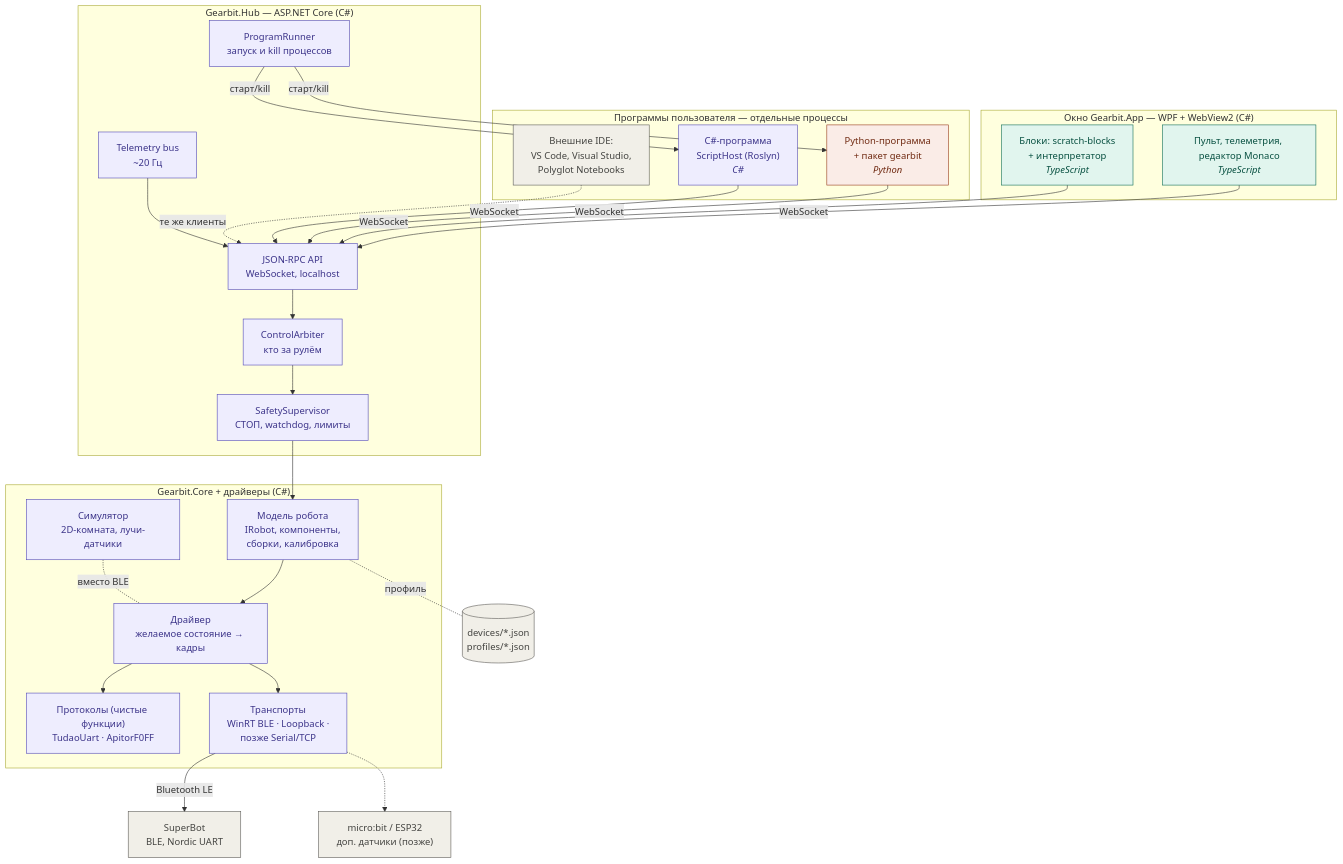
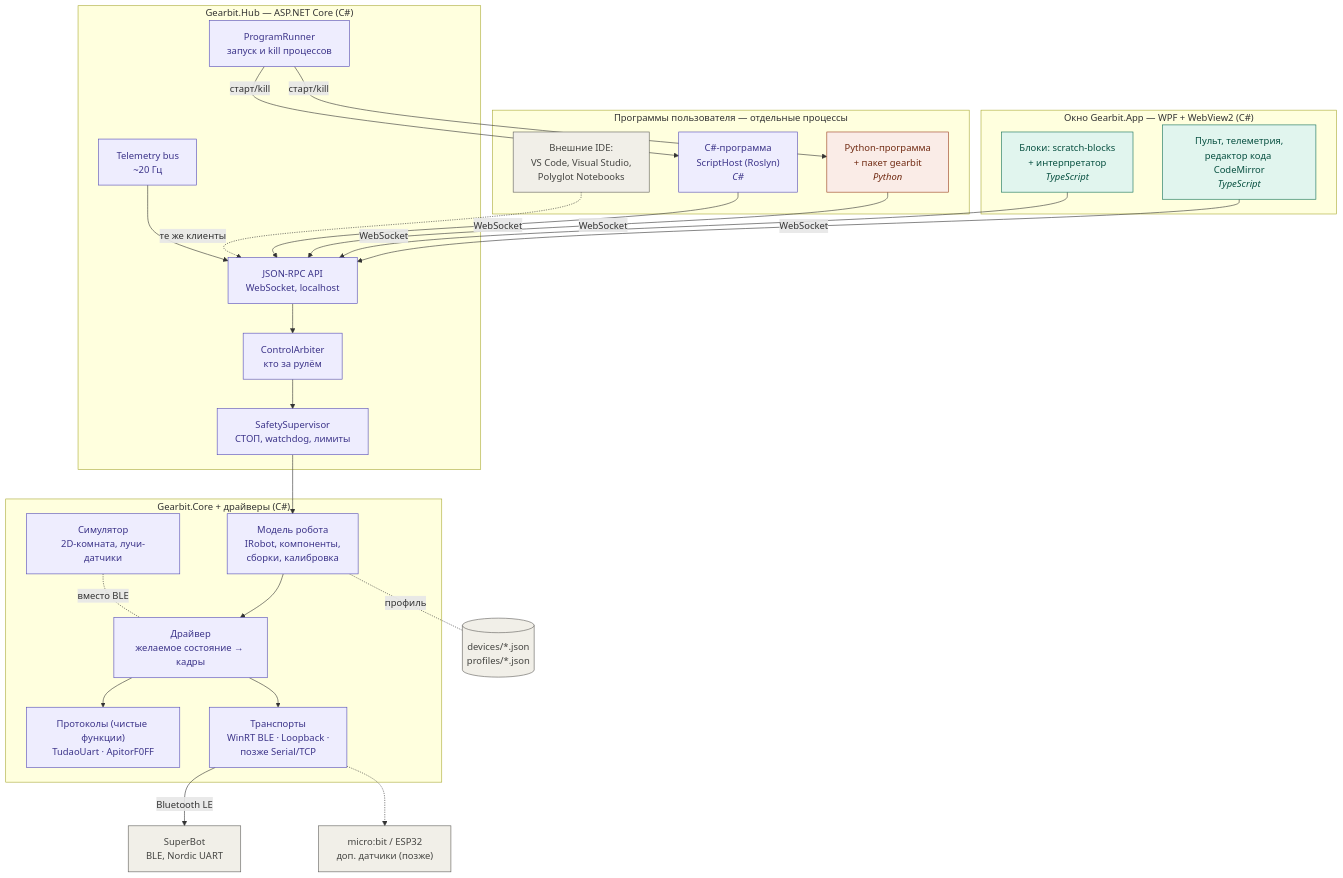
One commit to EugeneSoftwareDeveloper/Gearbit changed the first of 4 diagrams in docs/ARCHITECTURE.md. Above: the diagram before and after it, drawn with Mermaid. The commit also changed other lines of this file and 49 other files, not shown here.

````diff
--- a/docs/ARCHITECTURE.md
+++ b/docs/ARCHITECTURE.md
@@ -9,55 +9,55 @@
 ```mermaid
 flowchart TB
     subgraph WIN["Окно Gearbit.App — WPF + WebView2 (C#)"]
-        UI["Пульт, телеметрия, редактор Monaco<br/><i>TypeScript</i>"]
+        UI["Пульт, телеметрия,<br/>редактор кода CodeMirror<br/><i>TypeScript</i>"]
         SCR["Блоки: scratch-blocks<br/>+ интерпретатор<br/><i>TypeScript</i>"]
     end
 
     subgraph PROC["Программы пользователя — отдельные процессы"]
         PY["Python-программа<br/>+ пакет gearbit<br/><i>Python</i>"]
         CS["C#-программа<br/>ScriptHost (Roslyn)<br/><i>C#</i>"]
         IDE["Внешние IDE:<br/>VS Code, Visual Studio,<br/>Polyglot Notebooks"]
     end
 
     subgraph HUB["Gearbit.Hub — ASP.NET Core (C#)"]
         RPC["JSON-RPC API<br/>WebSocket, localhost"]
         ARB["ControlArbiter<br/>кто за рулём"]
         SAFE["SafetySupervisor<br/>СТОП, watchdog, лимиты"]
         TEL["Telemetry bus<br/>~20 Гц"]
         RUN["ProgramRunner<br/>запуск и kill процессов"]
     end
 
     subgraph CORE["Gearbit.Core + драйверы (C#)"]
         MODEL["Модель робота<br/>IRobot, компоненты,<br/>сборки, калибровка"]
         DRV["Драйвер<br/>желаемое состояние → кадры"]
         PROTO["Протоколы (чистые функции)<br/>TudaoUart · ApitorF0FF"]
         TR["Транспорты<br/>WinRT BLE · Loopback ·<br/>позже Serial/TCP"]
         SIM["Симулятор<br/>2D-комната, лучи-датчики"]
     end
 
     JSON[("devices/*.json<br/>profiles/*.json")]
     BOT["SuperBot<br/>BLE, Nordic UART"]
     EXT["micro:bit / ESP32<br/>доп. датчики (позже)"]
 
     UI & SCR -->|WebSocket| RPC
     PY & CS -->|WebSocket| RPC
     IDE -.->|те же клиенты| RPC
     RPC --> ARB --> SAFE --> MODEL
     TEL --> RPC
     RUN -->|старт/kill| PY & CS
     MODEL --> DRV --> PROTO
     DRV --> TR
     MODEL -. профиль .- JSON
     TR -->|Bluetooth LE| BOT
     TR -.-> EXT
     SIM -. вместо BLE .- DRV
 
     classDef cs fill:#EEEDFE,stroke:#534AB7,color:#3C3489
     classDef ts fill:#E1F5EE,stroke:#0F6E56,color:#085041
     classDef py fill:#FAECE7,stroke:#993C1D,color:#712B13
     classDef data fill:#F1EFE8,stroke:#5F5E5A,color:#444441
     class RPC,ARB,SAFE,TEL,RUN,MODEL,DRV,PROTO,TR,SIM,CS cs
     class UI,SCR ts
     class PY py
     class JSON,BOT,EXT,IDE data
 ```
````
